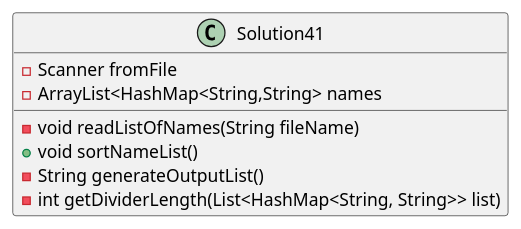
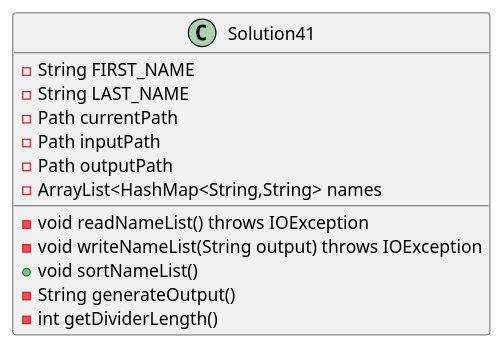
The diagram in exercise41/docs/class_diagram.puml (ethandrzb/thomas-a04), drawn with PlantUML before and after one commit. The commit also changed 3 other files, not shown here.

```diff
--- a/exercise41/docs/class_diagram.puml
+++ b/exercise41/docs/class_diagram.puml
@@ -1,15 +1,20 @@
 @startuml
 'https://plantuml.com/class-diagram
 
 class Solution41
 {
--Scanner fromFile
+-String FIRST_NAME
+-String LAST_NAME
+-Path currentPath
+-Path inputPath
+-Path outputPath
 -ArrayList<HashMap<String,String> names
 
--void readListOfNames(String fileName)
+-void readNameList() throws IOException
+-void writeNameList(String output) throws IOException
 +void sortNameList()
--String generateOutputList()
--int getDividerLength(List<HashMap<String, String>> list)
+-String generateOutput()
+-int getDividerLength()
 }
 
 @enduml
```
